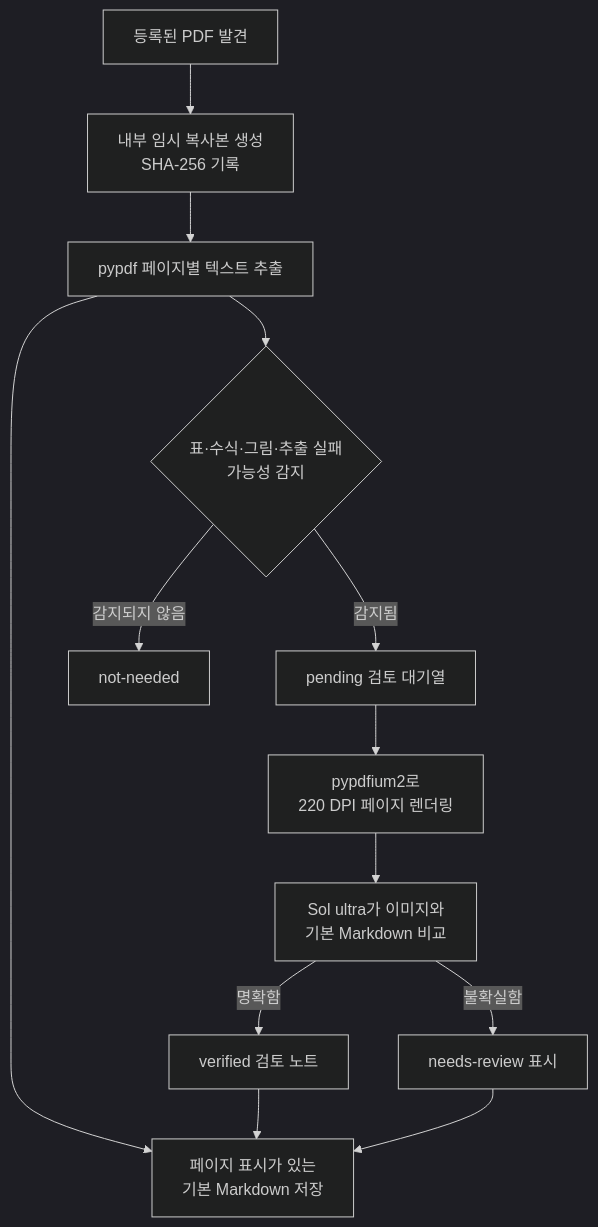
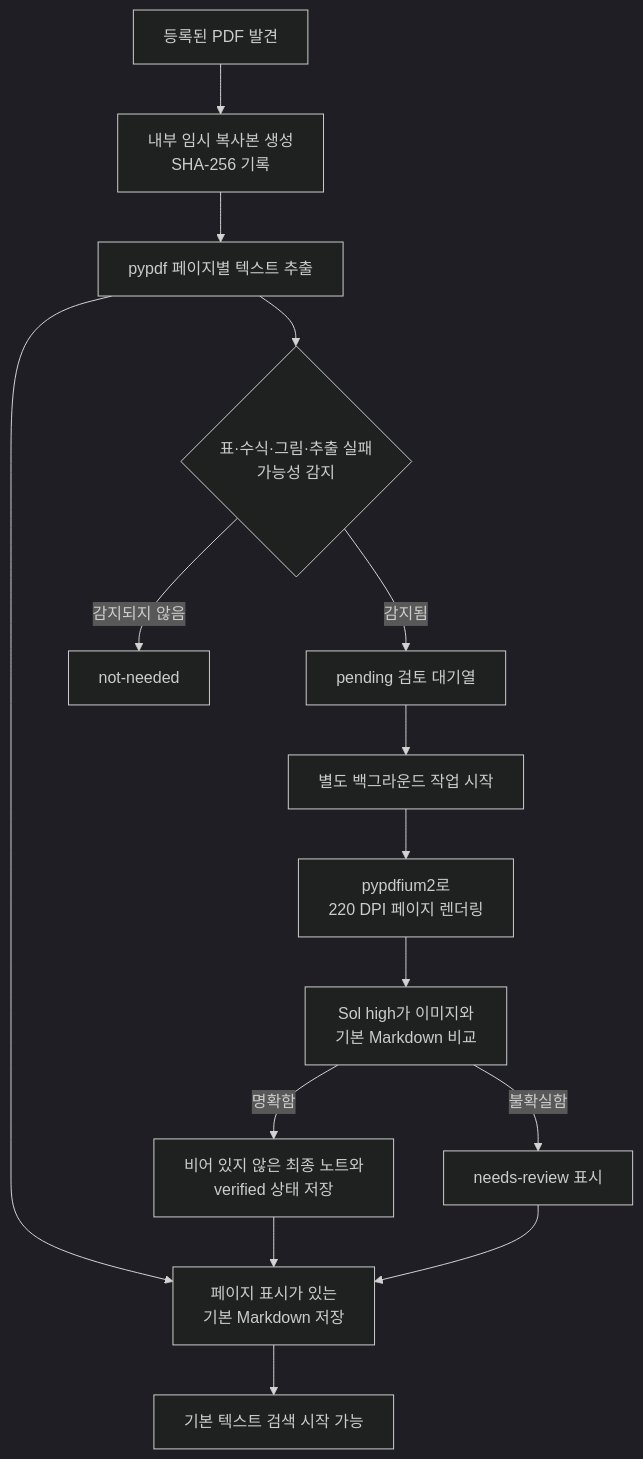
One commit to LWH4Data/research-agent changed the third of 10 diagrams in docs/technical/README.md. Above: the diagram before and after it, drawn with Mermaid (dark theme). The commit also changed other lines of this file and 69 other files, not shown here.

````diff
--- a/docs/technical/README.md
+++ b/docs/technical/README.md
@@ -225,15 +279,17 @@
 ```mermaid
 flowchart TD
     P[등록된 PDF 발견] --> C[내부 임시 복사본 생성<br/>SHA-256 기록]
     C --> T[pypdf 페이지별 텍스트 추출]
     T --> M[페이지 표시가 있는<br/>기본 Markdown 저장]
     T --> H{표·수식·그림·추출 실패<br/>가능성 감지}
     H -->|감지되지 않음| N[not-needed]
     H -->|감지됨| Q[pending 검토 대기열]
-    Q --> R[pypdfium2로<br/>220 DPI 페이지 렌더링]
-    R --> V[Sol ultra가 이미지와<br/>기본 Markdown 비교]
-    V -->|명확함| OK[verified 검토 노트]
+    M --> A[기본 텍스트 검색 시작 가능]
+    Q --> B[별도 백그라운드 작업 시작]
+    B --> R[pypdfium2로<br/>220 DPI 페이지 렌더링]
+    R --> V[Sol high가 이미지와<br/>기본 Markdown 비교]
+    V -->|명확함| OK[비어 있지 않은 최종 노트와<br/>verified 상태 저장]
     V -->|불확실함| NR[needs-review 표시]
     OK --> M
     NR --> M
 ```
````
